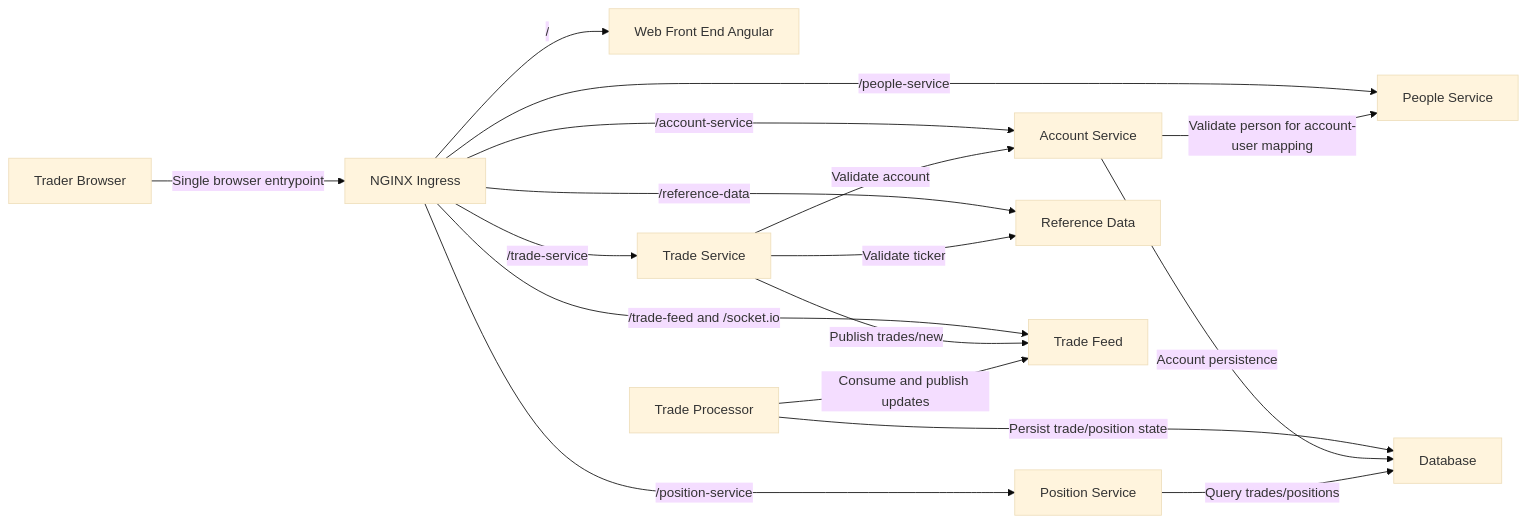
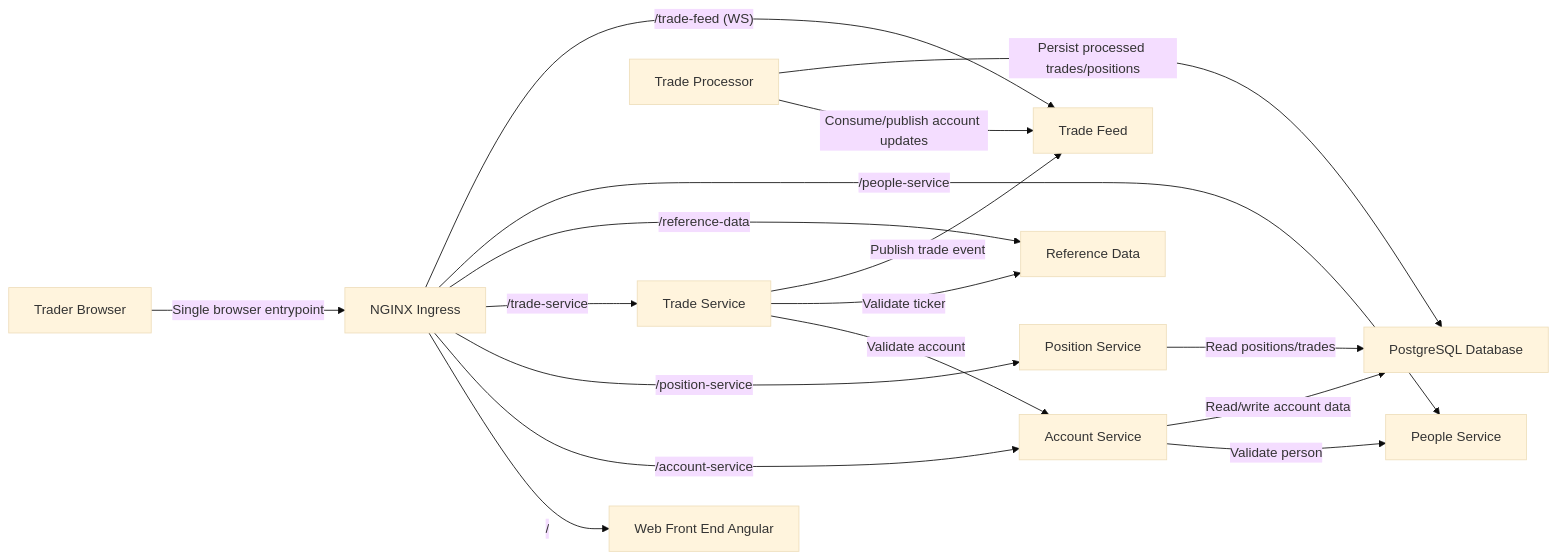
Before and after one commit to finos/traderX: the diagram in docs/learning/software-architecture.md, drawn with Mermaid (base theme). The commit also changed other lines of this file and 31 other files, not shown here.

````diff
--- a/docs/learning/software-architecture.md
+++ b/docs/learning/software-architecture.md
@@ -41,30 +42,30 @@
 ```mermaid
 flowchart LR
   trader["Trader Browser"]
   ingress["NGINX Ingress"]
   web["Web Front End Angular"]
+  referenceData["Reference Data"]
+  tradeFeed["Trade Feed"]
+  people["People Service"]
   account["Account Service"]
   position["Position Service"]
+  tradeProcessor["Trade Processor"]
   tradeService["Trade Service"]
-  referenceData["Reference Data"]
-  people["People Service"]
-  tradeFeed["Trade Feed"]
-  tradeProcessor["Trade Processor"]
-  database["Database"]
+  database["PostgreSQL Database"]
   trader -->|"Single browser entrypoint"| ingress
   ingress -->|"/"| web
   ingress -->|"/account-service"| account
   ingress -->|"/position-service"| position
   ingress -->|"/trade-service"| tradeService
   ingress -->|"/reference-data"| referenceData
   ingress -->|"/people-service"| people
-  ingress -->|"/trade-feed and /socket.io"| tradeFeed
+  ingress -->|"/trade-feed (WS)"| tradeFeed
   tradeService -->|"Validate account"| account
   tradeService -->|"Validate ticker"| referenceData
-  tradeService -->|"Publish trades/new"| tradeFeed
-  tradeProcessor -->|"Consume and publish updates"| tradeFeed
-  tradeProcessor -->|"Persist trade/position state"| database
-  account -->|"Account persistence"| database
-  position -->|"Query trades/positions"| database
-  account -->|"Validate person for account-user mapping"| people
+  tradeService -->|"Publish trade event"| tradeFeed
+  tradeProcessor -->|"Consume/publish account updates"| tradeFeed
+  account -->|"Validate person"| people
+  account -->|"Read/write account data"| database
+  position -->|"Read positions/trades"| database
+  tradeProcessor -->|"Persist processed trades/positions"| database
 ```
````
